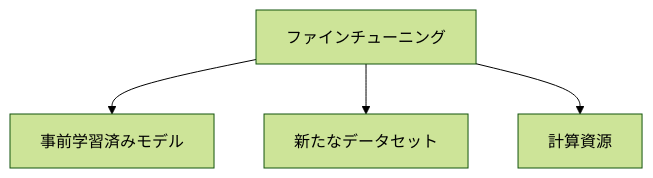
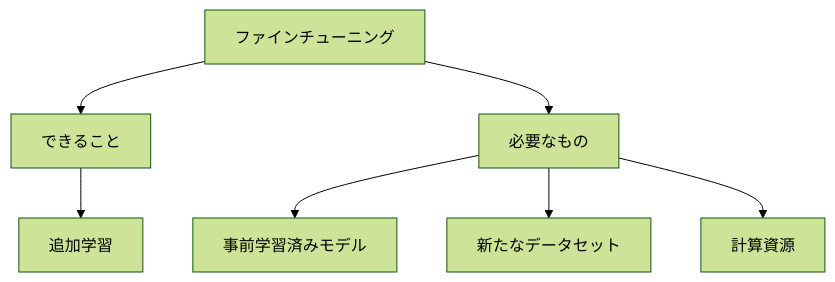
Before and after one commit to SparklingDetergent/doc_genai_Proposal_for_introducing_generative_AI_with_emphasis_on_safety: the seventh of 13 diagrams in README.md, drawn with Mermaid (forest theme). The commit also changed other lines of this file, not shown here.

````diff
--- a/README.md
+++ b/README.md
@@ -289,7 +389,9 @@
 ```mermaid
-graph TD;
-    B[ファインチューニング];
-    B --> C[事前学習済みモデル];
-    B --> D[新たなデータセット];
-    B --> E[計算資源];
+graph TD
+    A[ファインチューニング] --> B[できること]
+    B --> C[追加学習]
+    A --> D[必要なもの]
+    D --> E[事前学習済みモデル]
+    D --> F[新たなデータセット]
+    D --> G[計算資源]
 ```
````
